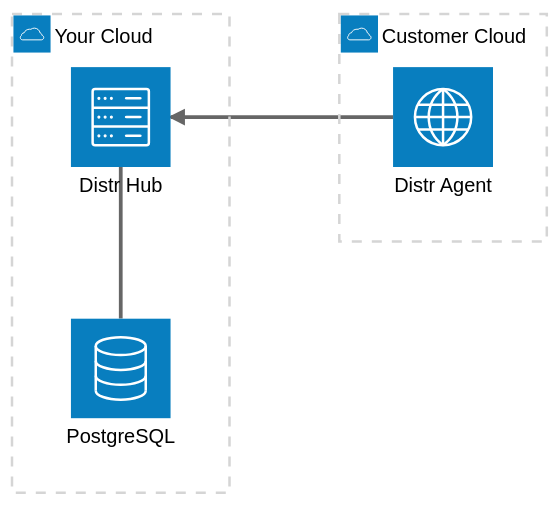
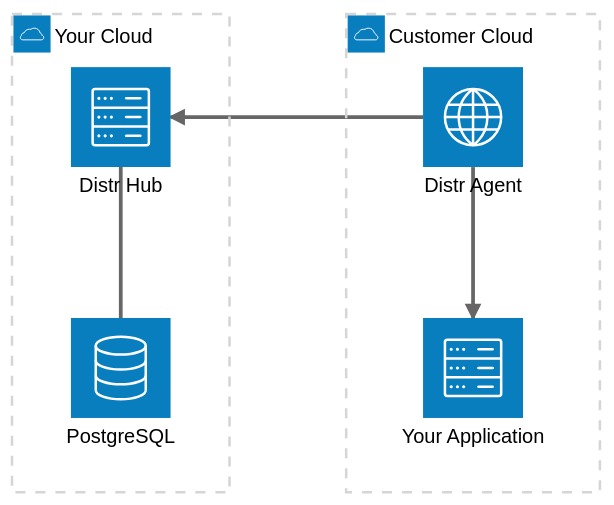
One commit to glasskube/distr changed the diagram in README.md. Above: the diagram before and after it, drawn with Mermaid (neutral theme).

Commit message:
docs: add your application to architecture diagram

````diff
--- a/README.md
+++ b/README.md
@@ -30,11 +30,13 @@
 ```mermaid
 architecture-beta
     group ctrl(cloud)[Your Cloud]
     service db(database)[PostgreSQL] in ctrl
     service hub(server)[Distr Hub] in ctrl
     db:T -- B:hub
 
     group customer(cloud)[Customer Cloud]
+    service app(server)[Your Application] in customer
     service agent(internet)[Distr Agent] in customer
     agent:L --> R:hub
+    app:T <-- B:agent
 ```
````
